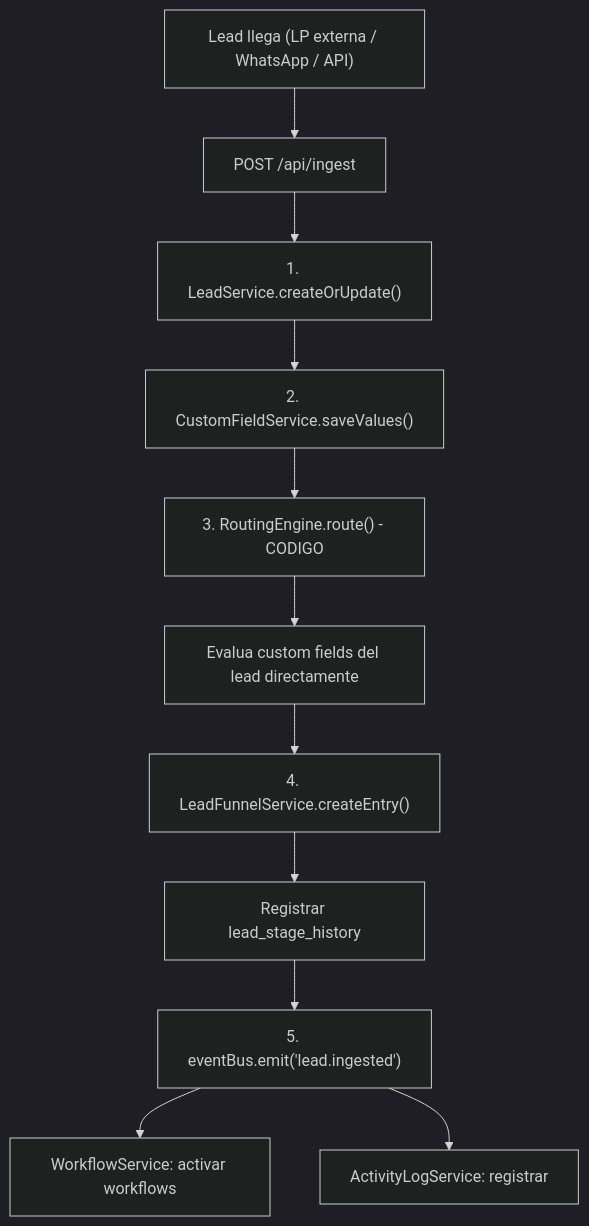
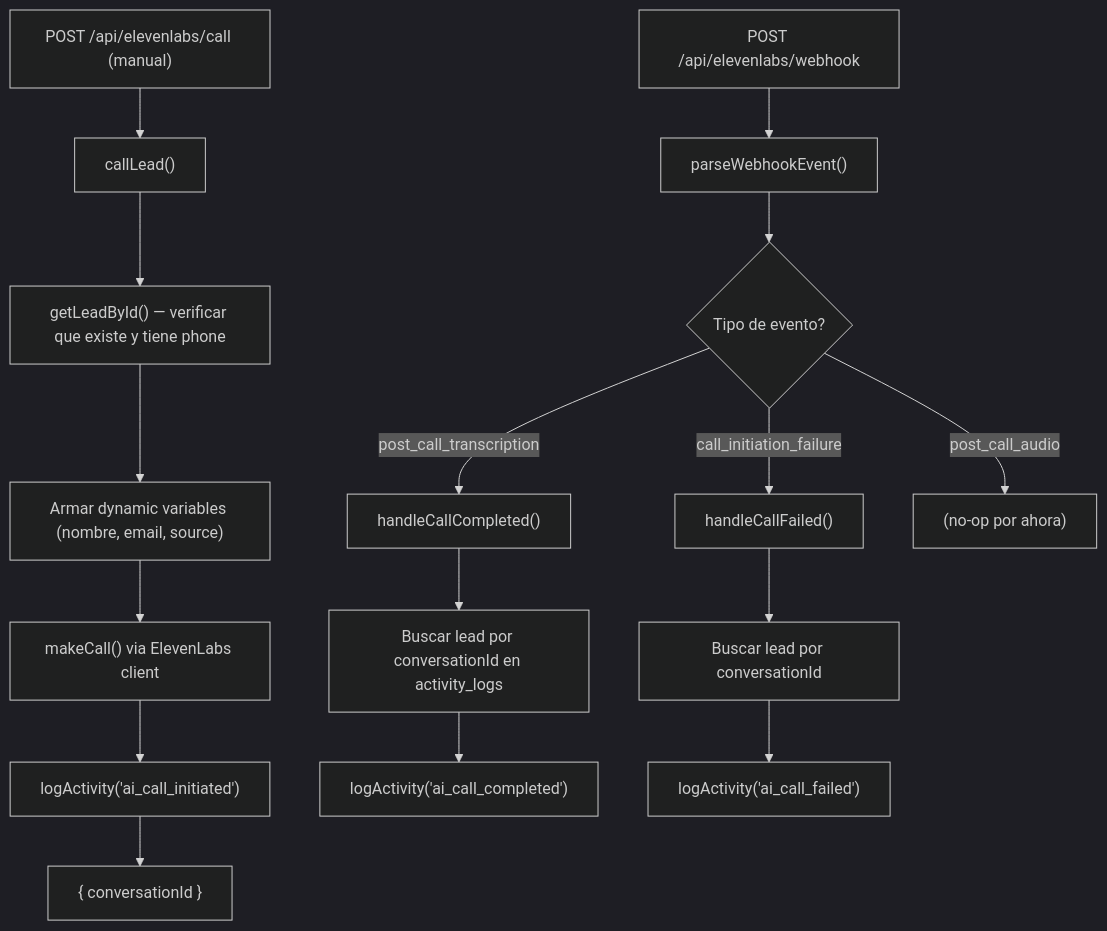
The second of 3 diagrams in docs/MVP-ARCHITECTURE.md (afluence-holding/marketing-funnel), drawn with Mermaid (dark theme) before and after one commit. The commit also changed other lines of this file and 81 other files, not shown here.

````diff
--- a/docs/MVP-ARCHITECTURE.md
+++ b/docs/MVP-ARCHITECTURE.md
@@ -332,14 +198,21 @@
 ```mermaid
 flowchart TD
-    Entry["Lead llega (LP externa / WhatsApp / API)"]
-    Entry --> Ingest["POST /api/ingest"]
-    Ingest --> S1["1. LeadService.createOrUpdate()"]
-    S1 --> S2["2. CustomFieldService.saveValues()"]
-    S2 --> S3["3. RoutingEngine.route() - CODIGO"]
-    S3 --> S3a["Evalua custom fields del lead directamente"]
-    S3a --> S4["4. LeadFunnelService.createEntry()"]
-    S4 --> S4a["Registrar lead_stage_history"]
-    S4a --> S5["5. eventBus.emit('lead.ingested')"]
-    S5 --> S5a["WorkflowService: activar workflows"]
-    S5 --> S5b["ActivityLogService: registrar"]
+    Trigger["POST /api/elevenlabs/call (manual)"]
+    Trigger --> S1["callLead()"]
+    S1 --> S1a["getLeadById() — verificar que existe y tiene phone"]
+    S1a --> S1b["Armar dynamic variables (nombre, email, source)"]
+    S1b --> S1c["makeCall() via ElevenLabs client"]
+    S1c --> S1d["logActivity('ai_call_initiated')"]
+    S1d --> Response["{ conversationId }"]
+
+    WH["POST /api/elevenlabs/webhook"]
+    WH --> Parse["parseWebhookEvent()"]
+    Parse --> Type{"Tipo de evento?"}
+    Type -->|"post_call_transcription"| Complete["handleCallCompleted()"]
+    Type -->|"call_initiation_failure"| Failed["handleCallFailed()"]
+    Type -->|"post_call_audio"| Audio["(no-op por ahora)"]
+    Complete --> FindLead["Buscar lead por conversationId en activity_logs"]
+    FindLead --> LogComplete["logActivity('ai_call_completed')"]
+    Failed --> FindLead2["Buscar lead por conversationId"]
+    FindLead2 --> LogFailed["logActivity('ai_call_failed')"]
 ```
````
